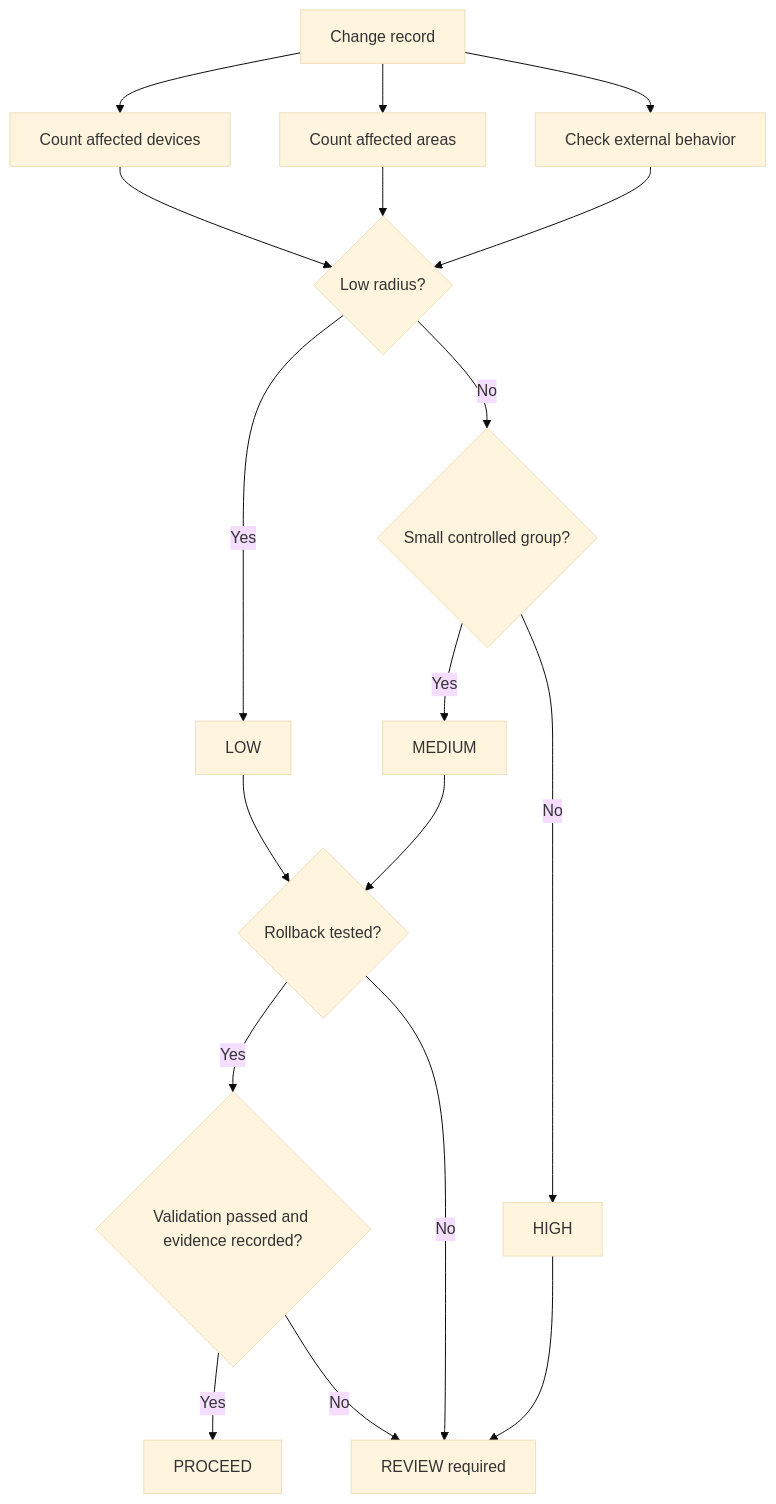
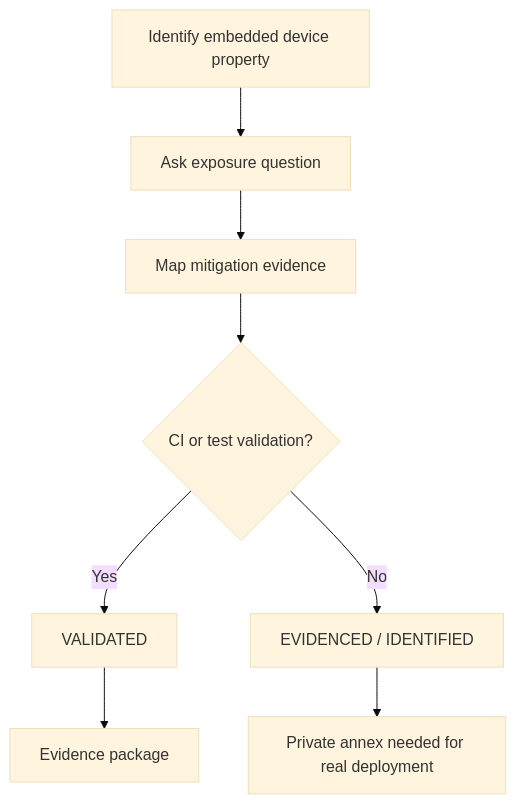
One commit to Jonnenpijonne/esp32-iot-security-governance-lab changed the third of 5 diagrams in README.md. Above: the diagram before and after it, drawn with Mermaid (base theme). The commit also changed other lines of this file, not shown here.

````diff
--- a/README.md
+++ b/README.md
@@ -97,21 +111,10 @@
 ```mermaid
 flowchart TD
-    A[Change record] --> B[Count affected devices]
-    A --> C[Count affected areas]
-    A --> D[Check external behavior]
-    B --> E{Low radius?}
-    C --> E
-    D --> E
-    E -- Yes --> F[LOW]
-    E -- No --> G{Small controlled group?}
-    G -- Yes --> H[MEDIUM]
-    G -- No --> I[HIGH]
-
-    F --> J{Rollback tested?}
-    H --> J
-    I --> K[REVIEW required]
-    J -- Yes --> L{Validation passed and evidence recorded?}
-    J -- No --> K
-    L -- Yes --> M[PROCEED]
-    L -- No --> K
+    A[Identify embedded device property] --> B[Ask exposure question]
+    B --> C[Map mitigation evidence]
+    C --> D{CI or test validation?}
+    D -- Yes --> E[VALIDATED]
+    D -- No --> F[EVIDENCED / IDENTIFIED]
+    F --> G[Private annex needed for real deployment]
+    E --> H[Evidence package]
 ```
````
